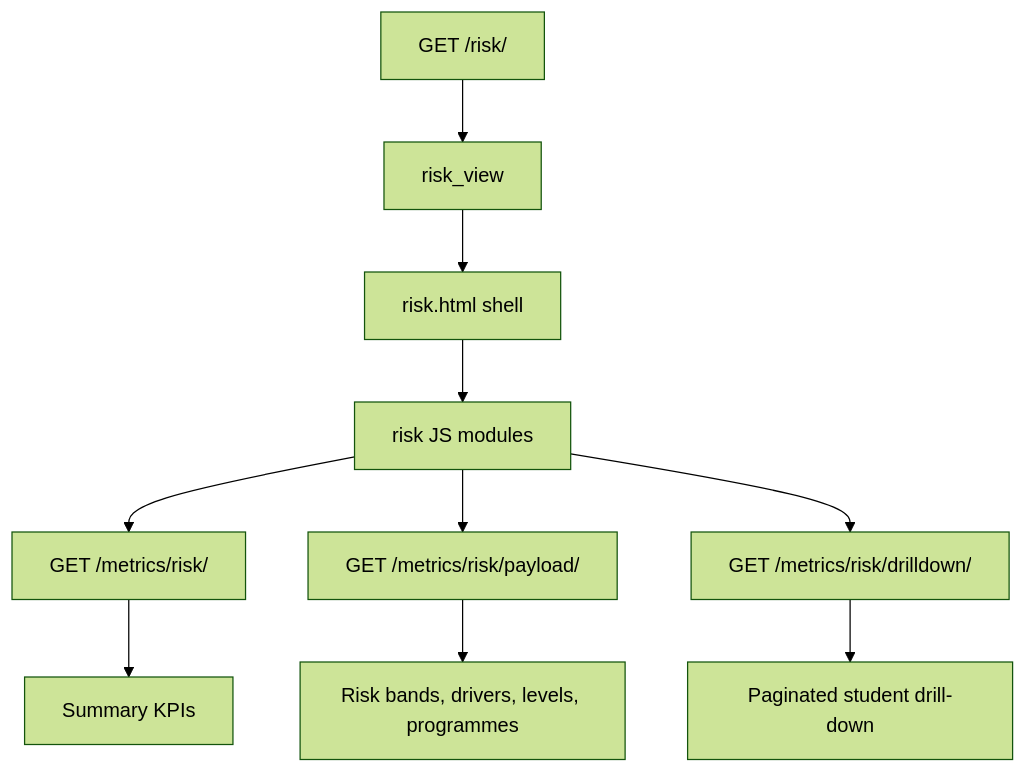
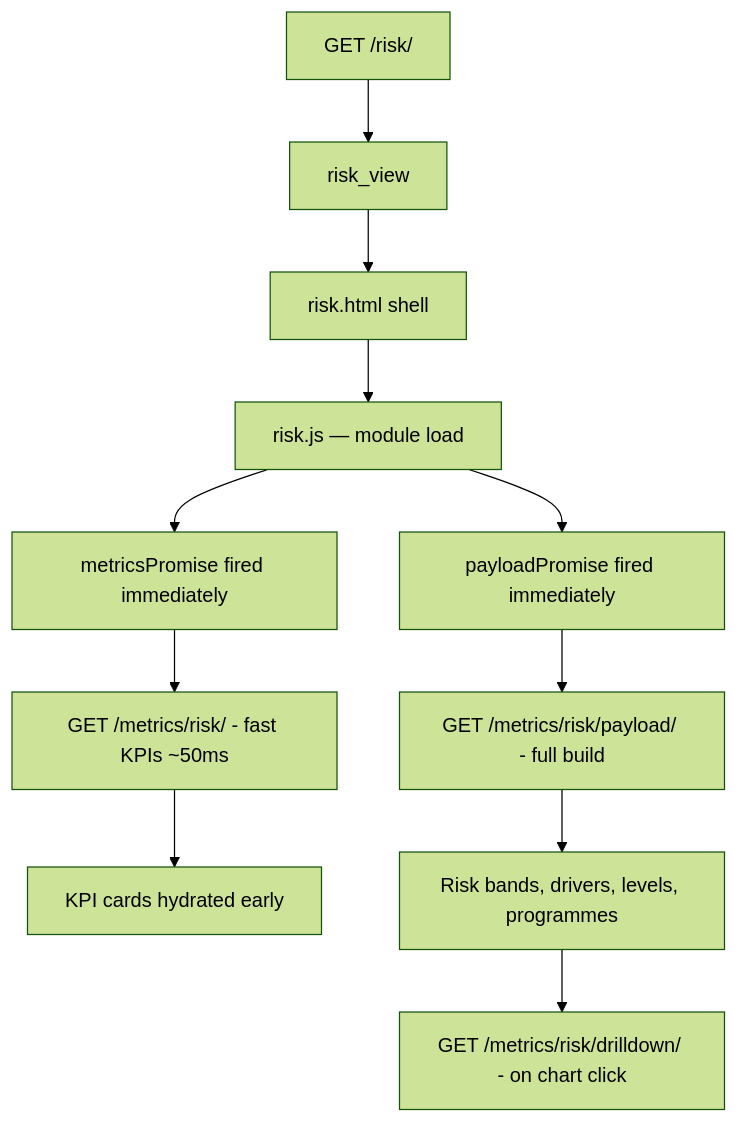
Before and after one commit to SeanM04/register_platform: the diagram in docs/pages/risk-analysis.md, drawn with Mermaid (forest theme). The commit also changed other lines of this file and 37 other files, not shown here.

````diff
--- a/docs/pages/risk-analysis.md
+++ b/docs/pages/risk-analysis.md
@@ -30,12 +30,13 @@
 ```mermaid
 flowchart TD
     A[GET /risk/] --> B[risk_view]
     B --> C[risk.html shell]
-    C --> D[risk JS modules]
-    D --> E[GET /metrics/risk/]
-    D --> F[GET /metrics/risk/payload/]
-    D --> G[GET /metrics/risk/drilldown/]
-    E --> H[Summary KPIs]
-    F --> I[Risk bands, drivers, levels, programmes]
-    G --> J[Paginated student drill-down]
+    C --> D[risk.js — module load]
+    D --> E[metricsPromise fired immediately]
+    D --> F[payloadPromise fired immediately]
+    E --> G[GET /metrics/risk/ - fast KPIs ~50ms]
+    F --> H[GET /metrics/risk/payload/ - full build]
+    G --> I[KPI cards hydrated early]
+    H --> J[Risk bands, drivers, levels, programmes]
+    J --> K[GET /metrics/risk/drilldown/ - on chart click]
 ```
````
